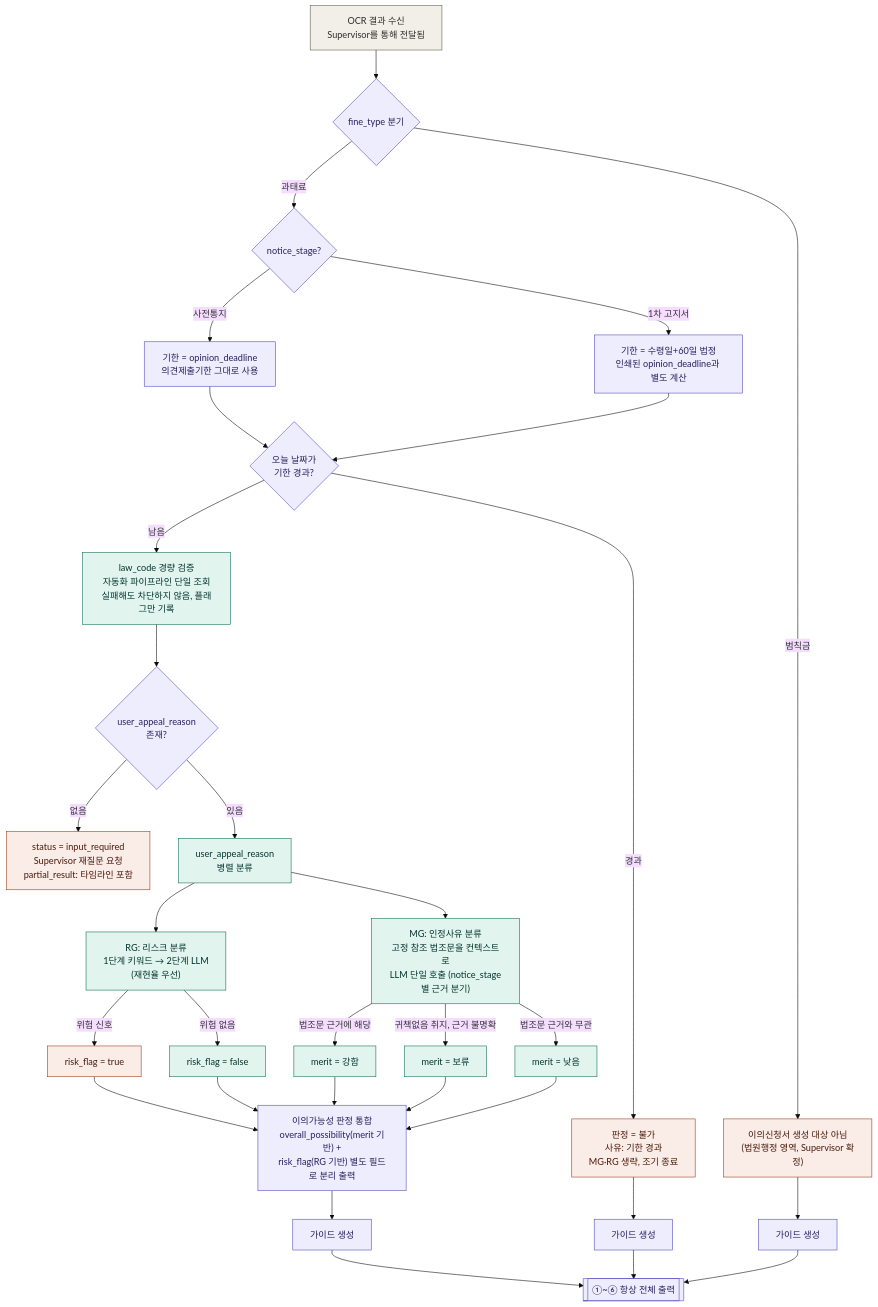
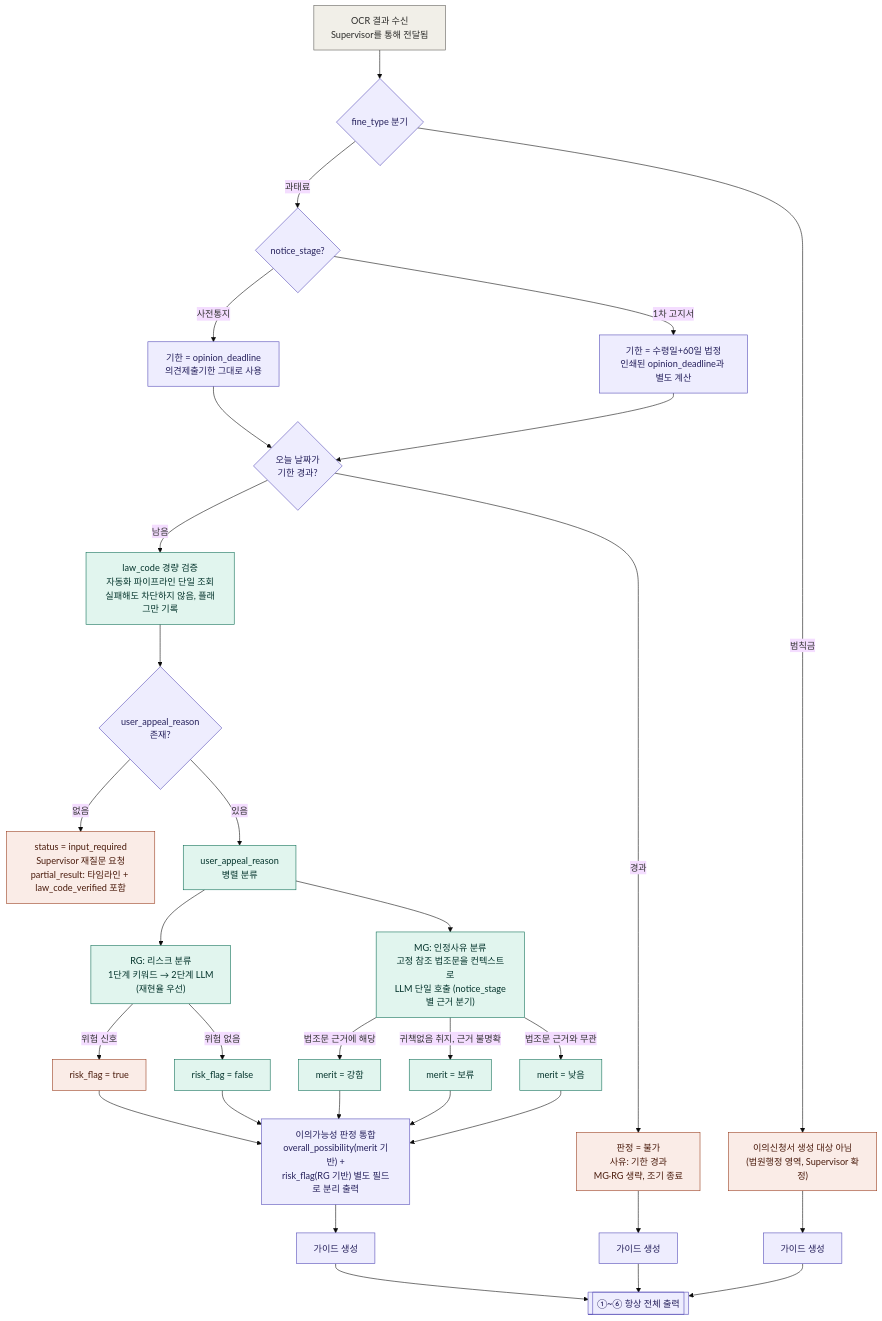
The diagram in 설계문서/이의가능성_판단_에이전트_설계정리.md (SKNETWORKS-FAMILY-AICAMP/SKN27-FINAL-3Team), drawn with Mermaid (base theme) before and after one commit. The commit also changed other lines of this file and 2 other files, not shown here.

````diff
--- a/설계문서/이의가능성_판단_에이전트_설계정리.md
+++ b/설계문서/이의가능성_판단_에이전트_설계정리.md
@@ -28,58 +28,58 @@
 ```mermaid
 flowchart TD
     A[OCR 결과 수신<br/>Supervisor를 통해 전달됨]
     A --> B{fine_type 분기}
 
     B -->|범칙금| D["이의신청서 생성 대상 아님<br/>(법원행정 영역, Supervisor 확정)"]
     B -->|과태료| ST{notice_stage?}
 
     ST -->|사전통지| DL1[기한 = opinion_deadline<br/>의견제출기한 그대로 사용]
     ST -->|1차 고지서| DL2["기한 = 수령일+60일 법정<br/>인쇄된 opinion_deadline과 별도 계산"]
 
     DL1 --> DCHK{오늘 날짜가<br/>기한 경과?}
     DL2 --> DCHK
 
     DCHK -->|경과| DENY["판정 = 불가<br/>사유: 기한 경과<br/>MG·RG 생략, 조기 종료"]
     DCHK -->|남음| LDB_CHECK["law_code 경량 검증<br/>자동화 파이프라인 단일 조회<br/>실패해도 차단하지 않음, 플래그만 기록"]
     LDB_CHECK --> CHK_REASON{user_appeal_reason<br/>존재?}
 
-    CHK_REASON -->|없음| INPUT_REQ["status = input_required<br/>Supervisor 재질문 요청<br/>partial_result: 타임라인 포함"]
+    CHK_REASON -->|없음| INPUT_REQ["status = input_required<br/>Supervisor 재질문 요청<br/>partial_result: 타임라인 + law_code_verified 포함"]
     CHK_REASON -->|있음| PARALLEL[user_appeal_reason<br/>병렬 분류]
 
     PARALLEL --> RG["RG: 리스크 분류<br/>1단계 키워드 → 2단계 LLM<br/>(재현율 우선)"]
     PARALLEL --> MG["MG: 인정사유 분류<br/>고정 참조 법조문을 컨텍스트로<br/>LLM 단일 호출 (notice_stage별 근거 분기)"]
 
     RG -->|위험 신호| RISK[risk_flag = true]
     RG -->|위험 없음| SAFE[risk_flag = false]
 
     MG -->|법조문 근거에 해당| M_HIGH[merit = 강함]
     MG -->|귀책없음 취지, 근거 불명확| M_HOLD[merit = 보류]
     MG -->|법조문 근거와 무관| M_LOW[merit = 낮음]
 
     RISK & SAFE & M_HIGH & M_HOLD & M_LOW --> E["이의가능성 판정 통합<br/>overall_possibility(merit 기반) +<br/>risk_flag(RG 기반) 별도 필드로 분리 출력"]
 
     DENY --> G2[가이드 생성]
     E --> G[가이드 생성]
     D --> G3[가이드 생성]
 
     G & G2 & G3 --> GOUT[["①~⑥ 항상 전체 출력"]]
 
     classDef input fill:#F1EFE8,stroke:#5F5E5A,color:#2C2C2A;
     classDef decision fill:#EEEDFE,stroke:#534AB7,color:#26215C;
     classDef track fill:#E1F5EE,stroke:#0F6E56,color:#04342C;
     classDef risk fill:#FAECE7,stroke:#993C1D,color:#4A1B0C;
     classDef safe fill:#E1F5EE,stroke:#0F6E56,color:#04342C;
     classDef output fill:#EEEDFE,stroke:#534AB7,color:#26215C;
     classDef excluded fill:#FAECE7,stroke:#993C1D,color:#4A1B0C;
 
     class A input;
     class B,ST,DCHK,CHK_REASON decision;
     class DL1,DL2 decision;
     class PARALLEL,RG,MG track;
     class D,DENY,INPUT_REQ excluded;
     class LDB_CHECK track;
     class RISK risk;
     class SAFE,M_HIGH safe;
     class M_HOLD,M_LOW track;
     class E,G,G2,G3,GOUT output;
 ```
````
